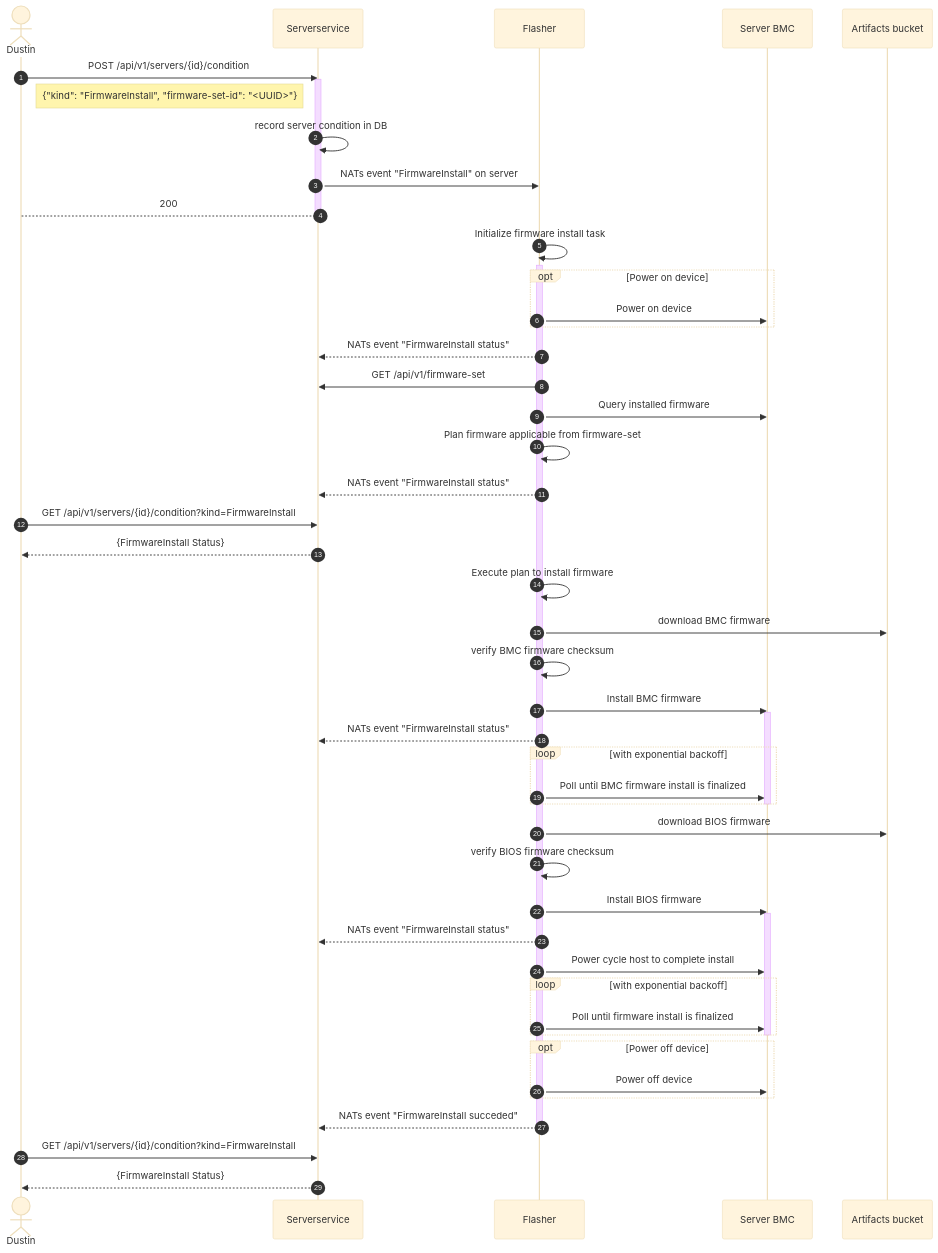
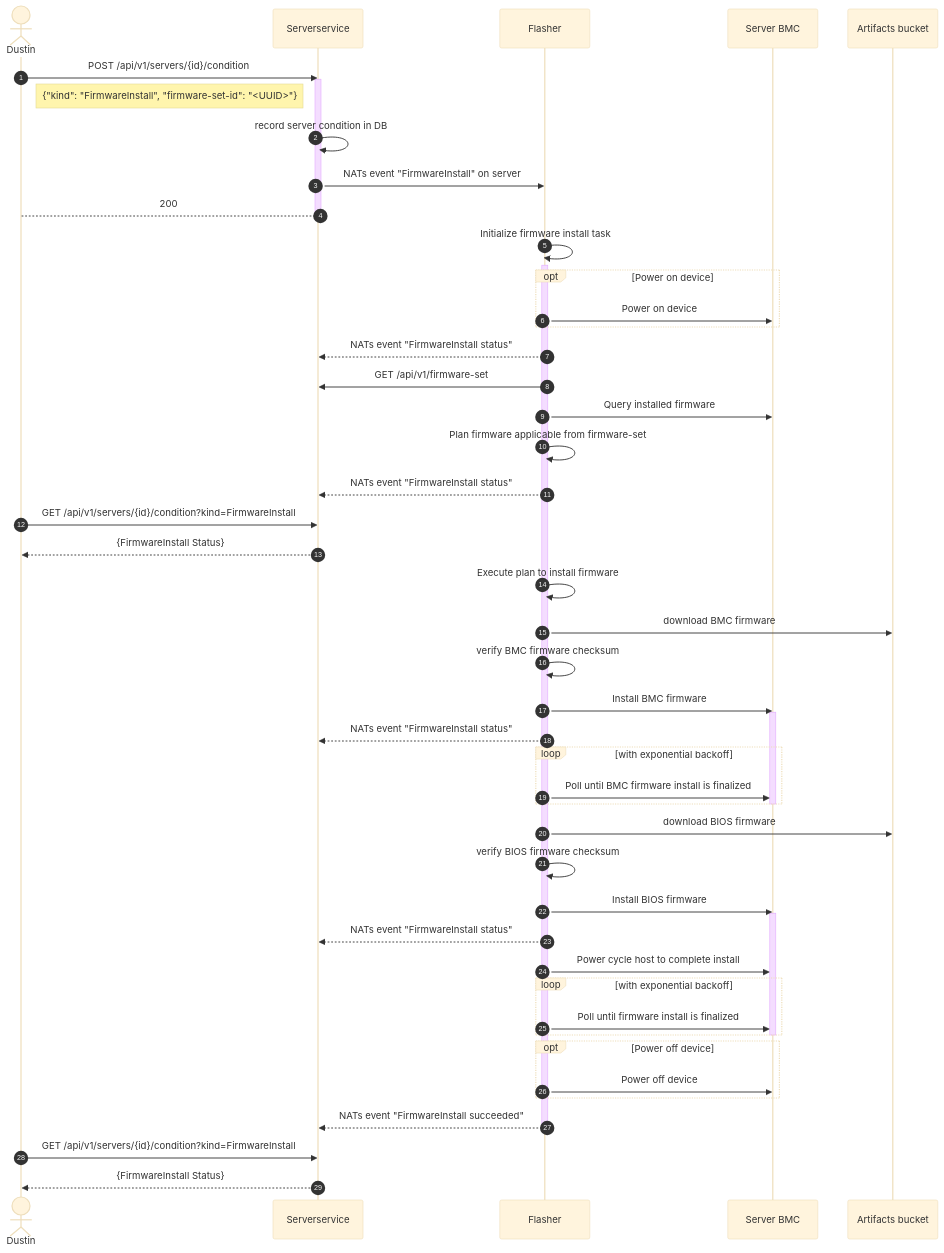
Before and after one commit to metal-toolbox/architecture: the second of 3 diagrams in firmware-install-service.md, drawn with Mermaid (base theme). The commit also changed other lines of this file, not shown here.

````diff
--- a/firmware-install-service.md
+++ b/firmware-install-service.md
@@ -165,67 +182,67 @@
 ```mermaid
   sequenceDiagram;
     autonumber
     actor Dustin
 
     %% >>>>>>>>>> participants
     participant Serverservice
     participant Flasher
     participant Server BMC
     participant Artifacts bucket
 
     %% >>>>>>>>>> interaction
     Dustin->>Serverservice: POST /api/v1/servers/{id}/condition
     activate Serverservice
     Note right of Dustin: {"kind": "FirmwareInstall", "firmware-set-id": "<UUID>"}
     Serverservice->>Serverservice: record server condition in DB
     Serverservice->>Flasher: NATs event "FirmwareInstall" on server
     Serverservice-->Dustin:  200
     deactivate Serverservice
 
     %% >>>>>>>>>> flasher work begins
     Flasher->>Flasher: Initialize firmware install task
     activate Flasher
     opt Power on device
       Flasher->>Server BMC: Power on device
     end
     Flasher-->>Serverservice: NATs event "FirmwareInstall status"
     Flasher->>Serverservice: GET /api/v1/firmware-set
 
     %% >>>>>>>>>> flasher installs BMC firmware
     Flasher->>Server BMC: Query installed firmware
     Flasher->>Flasher: Plan firmware applicable from firmware-set
     Flasher-->>Serverservice: NATs event "FirmwareInstall status"
     Dustin->>Serverservice: GET /api/v1/servers/{id}/condition?kind=FirmwareInstall
     Serverservice-->>Dustin: {FirmwareInstall Status}
     Flasher->>Flasher: Execute plan to install firmware
     Flasher->>Artifacts bucket: download BMC firmware
     Flasher->>Flasher: verify BMC firmware checksum
     Flasher->>Server BMC: Install BMC firmware
     activate Server BMC
     Flasher-->>Serverservice: NATs event "FirmwareInstall status"
     loop with exponential backoff
       Flasher->>Server BMC: Poll until BMC firmware install is finalized
     end
     deactivate Server BMC
 
     %% >>>>>>>>>> flasher install BIOS firmware
     Flasher->>Artifacts bucket: download BIOS firmware
     Flasher->>Flasher: verify BIOS firmware checksum
     Flasher->>Server BMC: Install BIOS firmware
     activate Server BMC
     Flasher-->>Serverservice: NATs event "FirmwareInstall status"
     Flasher->>Server BMC: Power cycle host to complete install
     loop with exponential backoff
       Flasher->>Server BMC: Poll until firmware install is finalized
     end
     deactivate Server BMC
 
     %% >>>>>>>>>> flasher work is done
     opt Power off device
       Flasher->>Server BMC: Power off device
     end
-    Flasher-->>Serverservice: NATs event "FirmwareInstall succeded"
+    Flasher-->>Serverservice: NATs event "FirmwareInstall succeeded"
     deactivate Flasher
     Dustin->>Serverservice: GET /api/v1/servers/{id}/condition?kind=FirmwareInstall
     Serverservice-->>Dustin: {FirmwareInstall Status}
 ```
````
